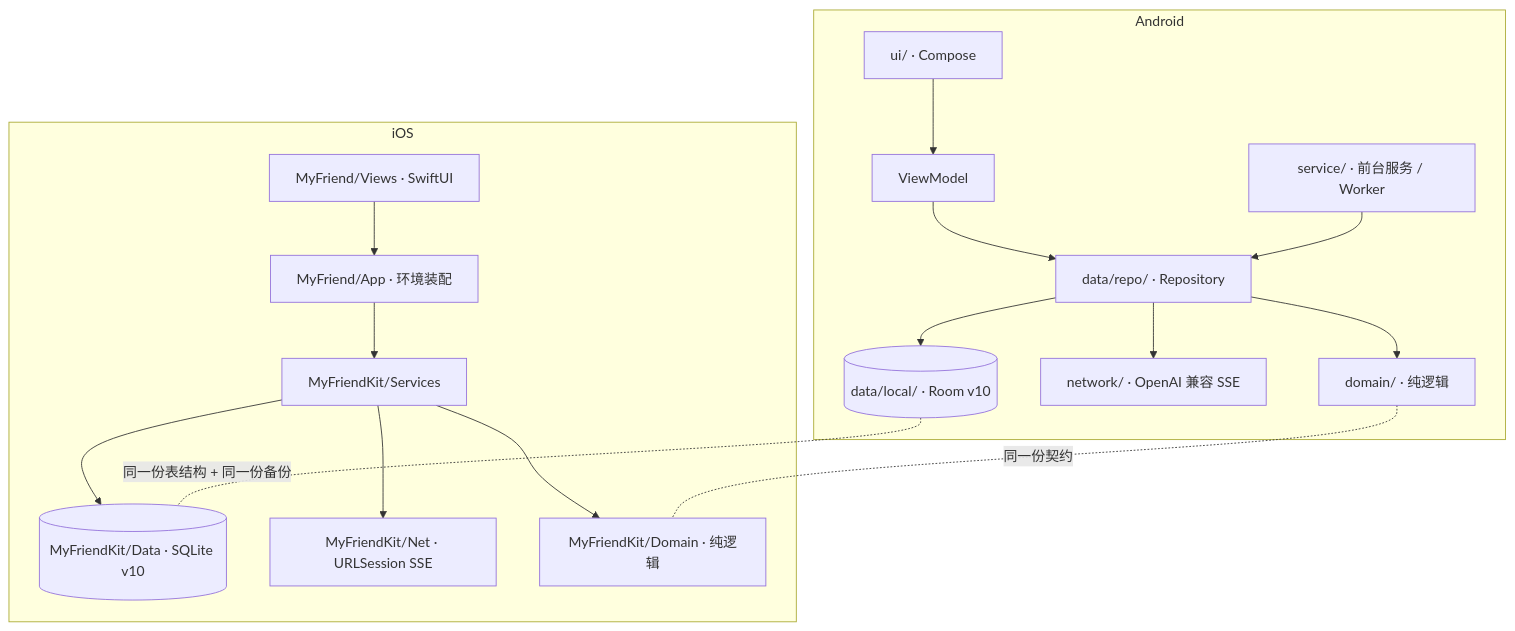
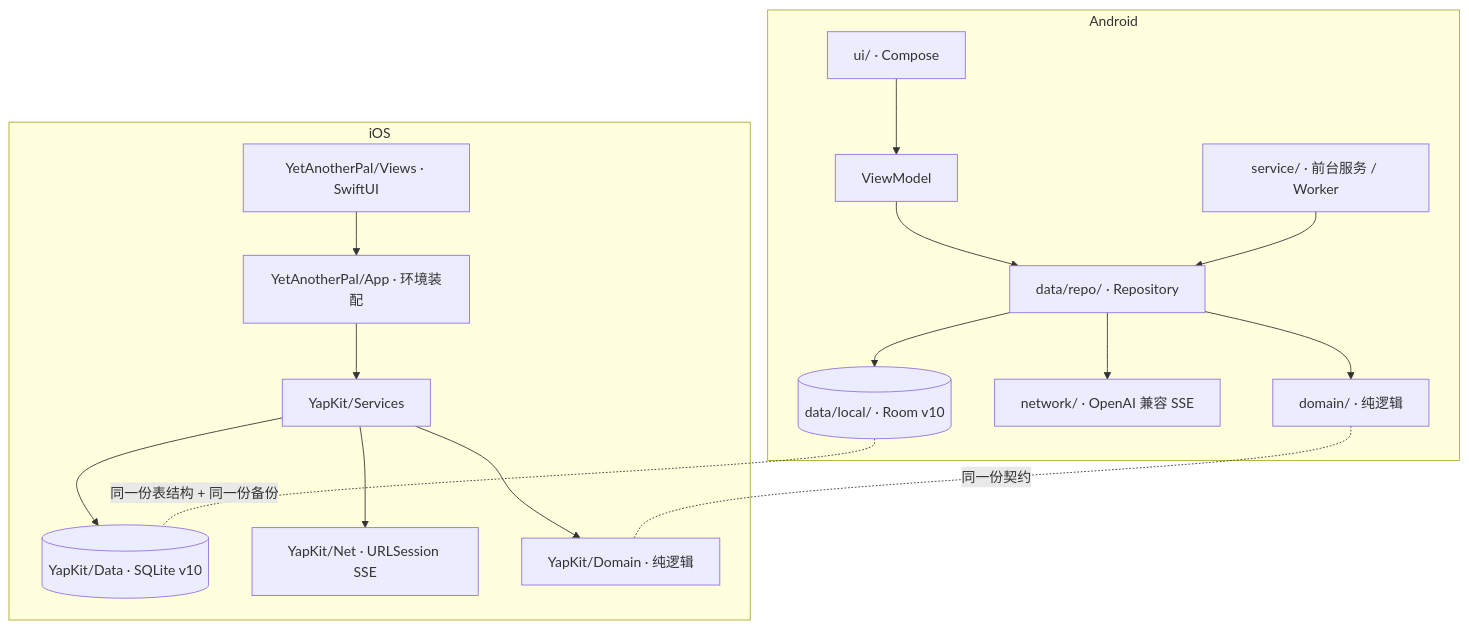
One commit to HepingGe2333/MyFriend changed the first of 3 diagrams in docs/ARCHITECTURE.md. Above: the diagram before and after it, drawn with Mermaid. The commit also changed other lines of this file and 1512 other files, not shown here.

First line of the commit message:
项目更名为 YetAnotherPal（Yap）：包名、工程、模块、文档与 CI 全面更新

````diff
--- a/docs/ARCHITECTURE.md
+++ b/docs/ARCHITECTURE.md
@@ -23,20 +23,20 @@
 ```mermaid
 flowchart TB
   subgraph Android
     A_UI[ui/ · Compose] --> A_VM[ViewModel]
     A_VM --> A_REPO[data/repo/ · Repository]
     A_REPO --> A_LOCAL[(data/local/ · Room v10)]
     A_REPO --> A_NET[network/ · OpenAI 兼容 SSE]
     A_REPO --> A_DOMAIN[domain/ · 纯逻辑]
     A_SVC[service/ · 前台服务 / Worker] --> A_REPO
   end
   subgraph iOS
-    I_UI[MyFriend/Views · SwiftUI] --> I_APP[MyFriend/App · 环境装配]
-    I_APP --> I_SVC[MyFriendKit/Services]
-    I_SVC --> I_STORE[(MyFriendKit/Data · SQLite v10)]
-    I_SVC --> I_NET[MyFriendKit/Net · URLSession SSE]
-    I_SVC --> I_DOMAIN[MyFriendKit/Domain · 纯逻辑]
+    I_UI[YetAnotherPal/Views · SwiftUI] --> I_APP[YetAnotherPal/App · 环境装配]
+    I_APP --> I_SVC[YapKit/Services]
+    I_SVC --> I_STORE[(YapKit/Data · SQLite v10)]
+    I_SVC --> I_NET[YapKit/Net · URLSession SSE]
+    I_SVC --> I_DOMAIN[YapKit/Domain · 纯逻辑]
   end
   A_DOMAIN -.-|同一份契约| I_DOMAIN
   A_LOCAL -.-|同一份表结构 + 同一份备份| I_STORE
 ```
````
